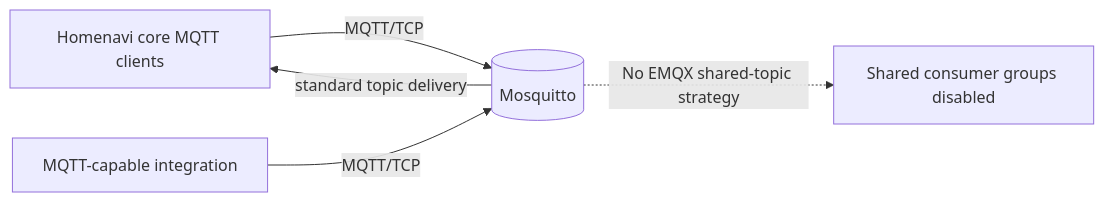
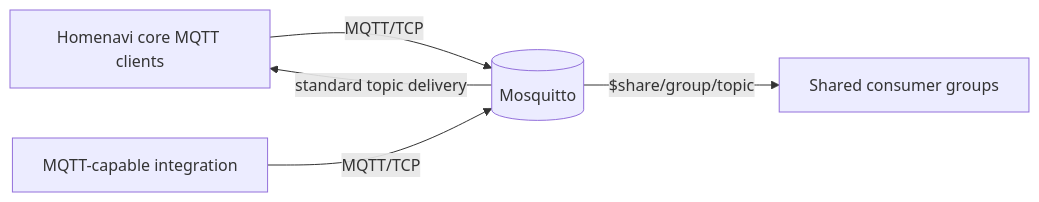
The fifth of 5 diagrams in doc/mqtt_architecture.md (PetoAdam/homenavi), drawn with Mermaid before and after one commit. The commit also changed other lines of this file and 72 other files, not shown here.

````diff
--- a/doc/mqtt_architecture.md
+++ b/doc/mqtt_architecture.md
@@ -181,7 +181,7 @@
 ```mermaid
 flowchart LR
     CORE[Homenavi core MQTT clients] -->|MQTT/TCP| M[(Mosquitto)]
     INT[MQTT-capable integration] -->|MQTT/TCP| M
     M -->|standard topic delivery| CORE
-    M -.->|No EMQX shared-topic strategy| SHARED[Shared consumer groups disabled]
+    M -->|$share/group/topic| SHARED[Shared consumer groups]
 ```
````
